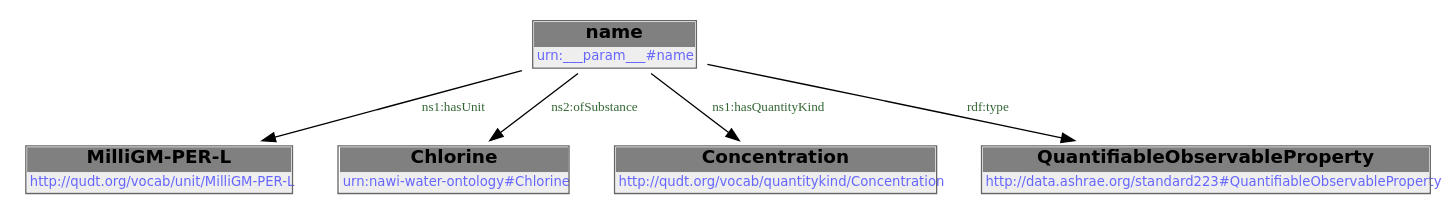
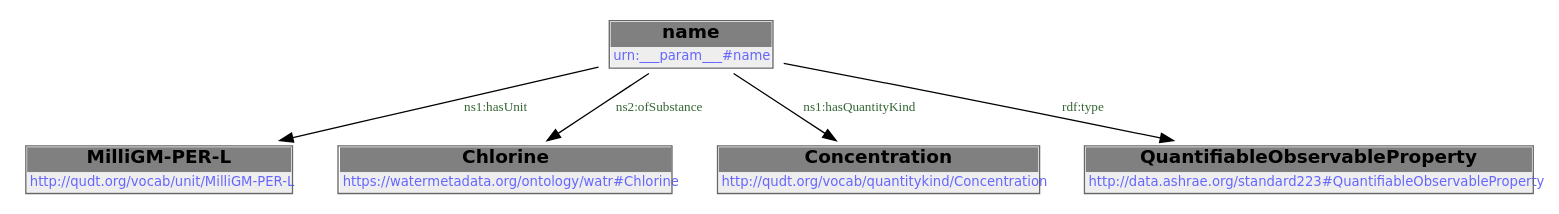
One commit to DataDrivenCPS/water-ontology changed the second of 2 diagrams in docs/libraries/templates/cl2-mgL.rst. Above: the diagram before and after it, drawn with Graphviz. The commit also changed other lines of this file and 43 other files, not shown here.

First line of the commit message:
feat: move ontology to https://watermetadata.org base URI

```diff
--- a/docs/libraries/templates/cl2-mgL.rst
+++ b/docs/libraries/templates/cl2-mgL.rst
@@ -81,14 +81,14 @@
         .. graphviz::
 
                 digraph G {
             node [fontname="DejaVu Sans"];
             node0 -> node1 [color=BLACK, label=< <font point-size='10' color='#336633'>ns1:hasUnit</font> >];
             node0 -> node2 [color=BLACK, label=< <font point-size='10' color='#336633'>ns2:ofSubstance</font> >];
             node0 -> node3 [color=BLACK, label=< <font point-size='10' color='#336633'>ns1:hasQuantityKind</font> >];
             node0 -> node4 [color=BLACK, label=< <font point-size='10' color='#336633'>rdf:type</font> >];
             node0 [shape=none, color=black, label=< <table color='#666666' cellborder='0' cellspacing='0' border='1'><tr><td colspan='2' bgcolor='grey'><B>name</B></td></tr><tr><td href='urn:___param___#name' bgcolor='#eeeeee' colspan='2'><font point-size='10' color='#6666ff'>urn:___param___#name</font></td></tr></table> >];
             node1 [shape=none, color=black, label=< <table color='#666666' cellborder='0' cellspacing='0' border='1'><tr><td colspan='2' bgcolor='grey'><B>MilliGM-PER-L</B></td></tr><tr><td href='http://qudt.org/vocab/unit/MilliGM-PER-L' bgcolor='#eeeeee' colspan='2'><font point-size='10' color='#6666ff'>http://qudt.org/vocab/unit/MilliGM-PER-L</font></td></tr></table> >];
-            node2 [shape=none, color=black, label=< <table color='#666666' cellborder='0' cellspacing='0' border='1'><tr><td colspan='2' bgcolor='grey'><B>Chlorine</B></td></tr><tr><td href='urn:nawi-water-ontology#Chlorine' bgcolor='#eeeeee' colspan='2'><font point-size='10' color='#6666ff'>urn:nawi-water-ontology#Chlorine</font></td></tr></table> >];
+            node2 [shape=none, color=black, label=< <table color='#666666' cellborder='0' cellspacing='0' border='1'><tr><td colspan='2' bgcolor='grey'><B>Chlorine</B></td></tr><tr><td href='https://watermetadata.org/ontology/watr#Chlorine' bgcolor='#eeeeee' colspan='2'><font point-size='10' color='#6666ff'>https://watermetadata.org/ontology/watr#Chlorine</font></td></tr></table> >];
             node3 [shape=none, color=black, label=< <table color='#666666' cellborder='0' cellspacing='0' border='1'><tr><td colspan='2' bgcolor='grey'><B>Concentration</B></td></tr><tr><td href='http://qudt.org/vocab/quantitykind/Concentration' bgcolor='#eeeeee' colspan='2'><font point-size='10' color='#6666ff'>http://qudt.org/vocab/quantitykind/Concentration</font></td></tr></table> >];
             node4 [shape=none, color=black, label=< <table color='#666666' cellborder='0' cellspacing='0' border='1'><tr><td colspan='2' bgcolor='grey'><B>QuantifiableObservableProperty</B></td></tr><tr><td href='http://data.ashrae.org/standard223#QuantifiableObservableProperty' bgcolor='#eeeeee' colspan='2'><font point-size='10' color='#6666ff'>http://data.ashrae.org/standard223#QuantifiableObservableProperty</font></td></tr></table> >];
             }
```
